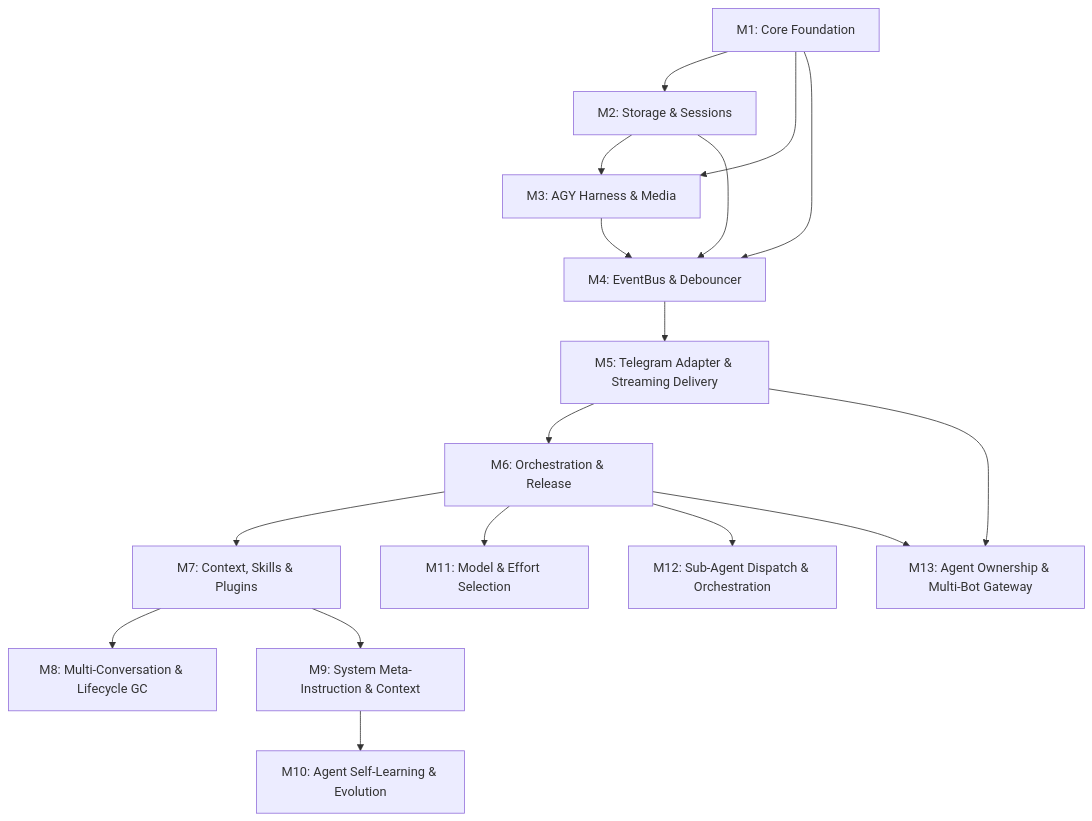
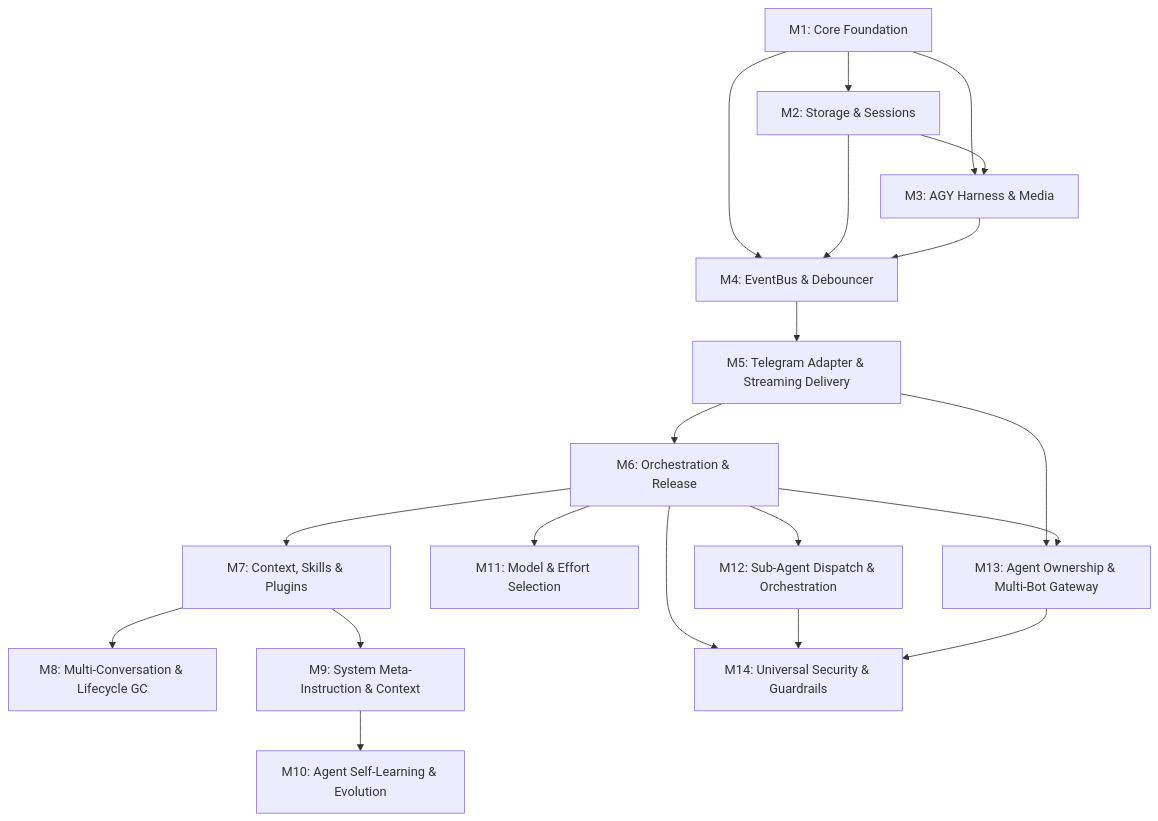
The diagram in docs/plans/master_roadmap.md (khanhbkqt/agyent), drawn with Mermaid before and after one commit. The commit also changed other lines of this file and 36 other files, not shown here.

First line of the commit message:
feat(security): implement Milestone 14 Universal AI Security Gateway & Dual-Plane Guardrails

````diff
--- a/docs/plans/master_roadmap.md
+++ b/docs/plans/master_roadmap.md
@@ -47,19 +48,22 @@
 ```mermaid
 graph TD
     M1[M1: Core Foundation] --> M2[M2: Storage & Sessions]
     M1 --> M3[M3: AGY Harness & Media]
     M2 --> M3
     M1 --> M4[M4: EventBus & Debouncer]
     M2 --> M4
     M3 --> M4
     M4 --> M5[M5: Telegram Adapter & Streaming Delivery]
     M5 --> M6[M6: Orchestration & Release]
     M6 --> M7[M7: Context, Skills & Plugins]
     M7 --> M8[M8: Multi-Conversation & Lifecycle GC]
     M7 --> M9[M9: System Meta-Instruction & Context]
     M9 --> M10[M10: Agent Self-Learning & Evolution]
     M6 --> M11[M11: Model & Effort Selection]
     M6 --> M12[M12: Sub-Agent Dispatch & Orchestration]
     M5 --> M13[M13: Agent Ownership & Multi-Bot Gateway]
     M6 --> M13
+    M6 --> M14[M14: Universal Security & Guardrails]
+    M12 --> M14
+    M13 --> M14
 ```
````
